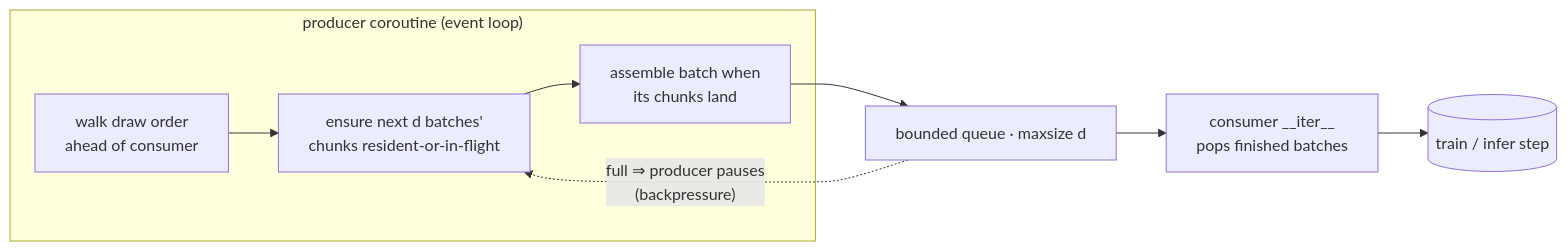
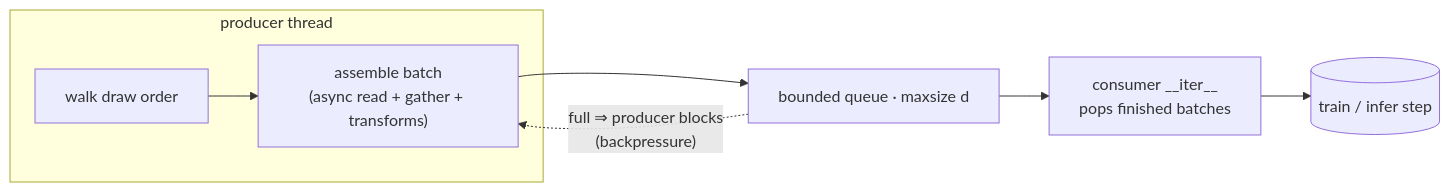
Before and after one commit to emfdavid/insitubatch: the third of 3 diagrams in docs/architecture.md, drawn with Mermaid. The commit also changed other lines of this file and 4 other files, not shown here.

First line of the commit message:
M1.5: prefetch — background producer overlaps IO/assembly with the consumer

````diff
--- a/docs/architecture.md
+++ b/docs/architecture.md
@@ -101,11 +97,10 @@
 ```mermaid
 flowchart LR
-    subgraph PRODUCER["producer coroutine (event loop)"]
-        WALK["walk draw order<br/>ahead of consumer"] --> ENSURE["ensure next d batches'<br/>chunks resident-or-in-flight"]
-        ENSURE --> ASM["assemble batch when<br/>its chunks land"]
+    subgraph PRODUCER["producer thread"]
+        WALK["walk draw order"] --> ASM["assemble batch<br/>(async read + gather + transforms)"]
     end
     ASM --> Q["bounded queue · maxsize d"]
     Q --> CONS["consumer __iter__<br/>pops finished batches"]
     CONS --> STEP[("train / infer step")]
-    Q -.->|"full ⇒ producer pauses<br/>(backpressure)"| ENSURE
+    Q -.->|"full ⇒ producer blocks<br/>(backpressure)"| ASM
 ```
````
